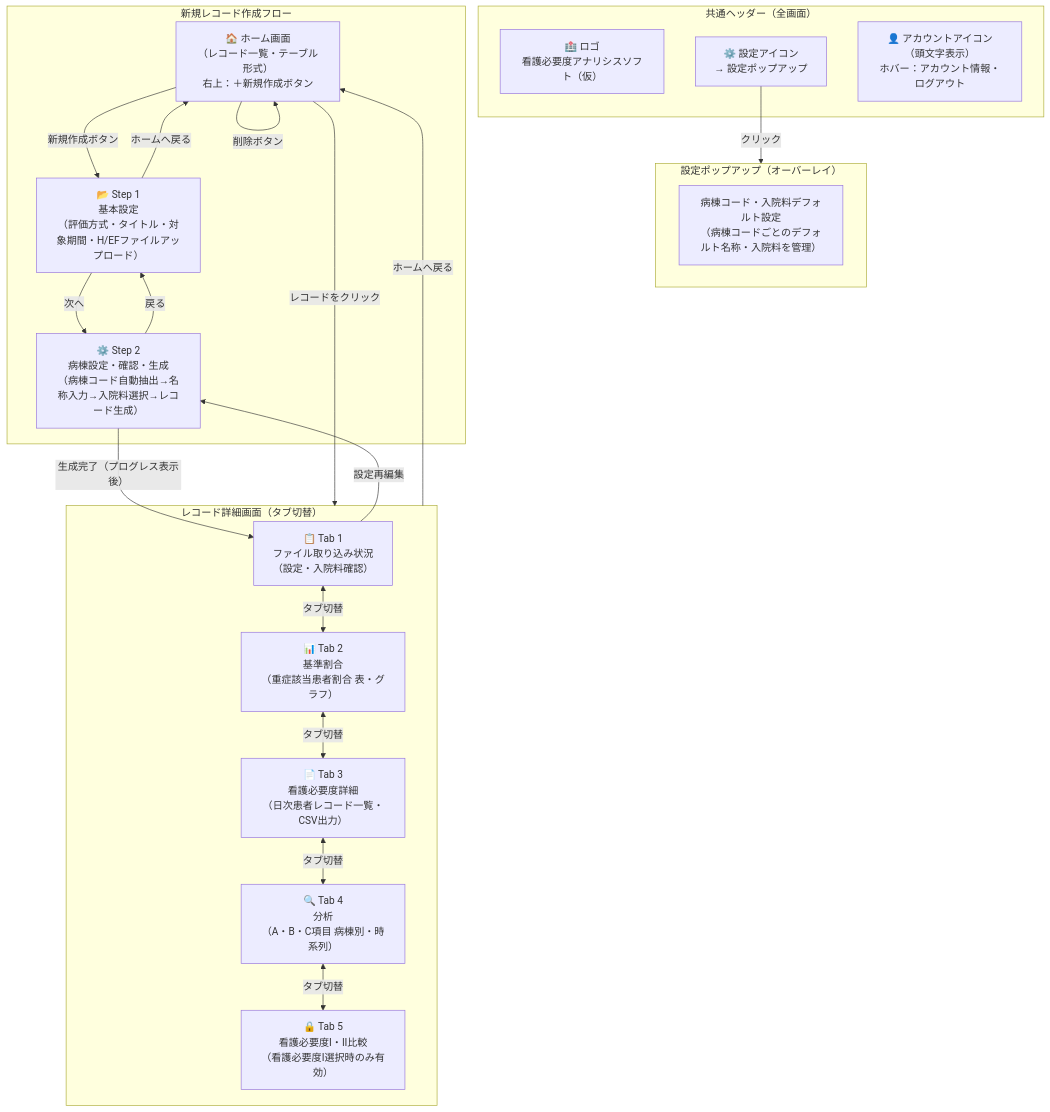
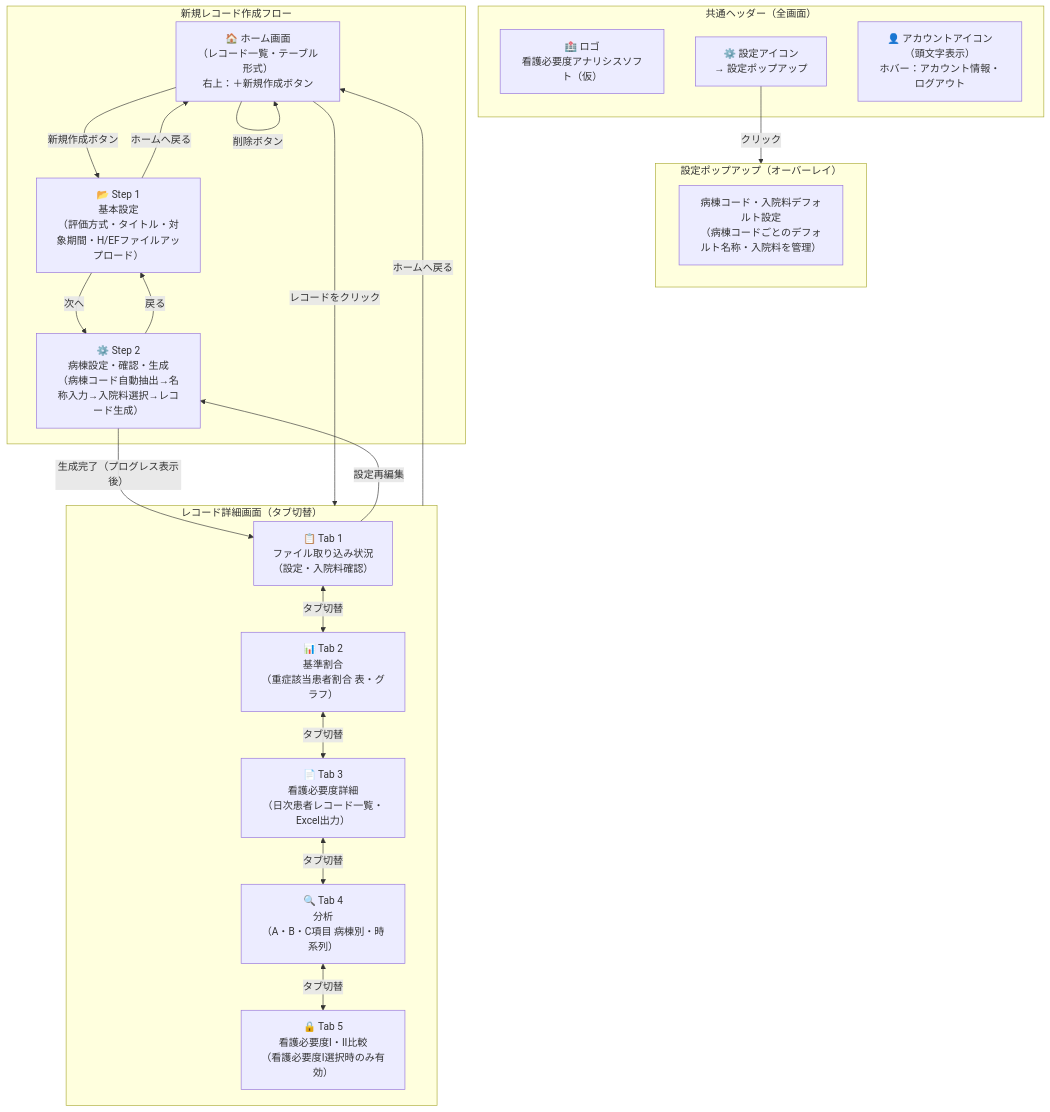
One commit to kumakumaaaaa/Hitsuyodo-Checker changed the diagram in docs/画面遷移図_v0.4.md. Above: the diagram before and after it, drawn with Mermaid. The commit also changed other lines of this file and 3 other files, not shown here.

````diff
--- a/docs/画面遷移図_v0.4.md
+++ b/docs/画面遷移図_v0.4.md
@@ -23,47 +24,47 @@
 ```mermaid
 flowchart TD
     subgraph HEADER["共通ヘッダー（全画面）"]
         LOGO["🏥 ロゴ\n看護必要度アナリシスソフト（仮）"]
         GEAR["⚙️ 設定アイコン\n→ 設定ポップアップ"]
         ACCOUNT["👤 アカウントアイコン\n（頭文字表示）\nホバー：アカウント情報・ログアウト"]
     end
 
     subgraph SETTINGS["設定ポップアップ（オーバーレイ）"]
         SET1["病棟コード・入院料デフォルト設定\n（病棟コードごとのデフォルト名称・入院料を管理）"]
     end
 
     GEAR -->|クリック| SETTINGS
 
     HOME["🏠 ホーム画面\n（レコード一覧・テーブル形式）\n右上：＋新規作成ボタン"]
 
     HOME -->|新規作成ボタン| STEP1
     HOME -->|レコードをクリック| DETAIL
     HOME -->|削除ボタン| HOME
 
     subgraph CREATE["新規レコード作成フロー"]
         STEP1["📂 Step 1\n基本設定\n（評価方式・タイトル・対象期間・H/EFファイルアップロード）"]
         STEP2["⚙️ Step 2\n病棟設定・確認・生成\n（病棟コード自動抽出→名称入力→入院料選択→レコード生成）"]
 
         STEP1 -->|次へ| STEP2
         STEP2 -->|戻る| STEP1
         STEP1 -->|ホームへ戻る| HOME
     end
 
     STEP2 -->|生成完了（プログレス表示後）| TAB1
 
     subgraph DETAIL["レコード詳細画面（タブ切替）"]
         TAB1["📋 Tab 1\nファイル取り込み状況\n（設定・入院料確認）"]
         TAB2["📊 Tab 2\n基準割合\n（重症該当患者割合 表・グラフ）"]
-        TAB3["📄 Tab 3\n看護必要度詳細\n（日次患者レコード一覧・CSV出力）"]
+        TAB3["📄 Tab 3\n看護必要度詳細\n（日次患者レコード一覧・Excel出力）"]
         TAB4["🔍 Tab 4\n分析\n（A・B・C項目 病棟別・時系列）"]
         TAB5["🔒 Tab 5\n看護必要度Ⅰ・Ⅱ比較\n（看護必要度Ⅰ選択時のみ有効）"]
 
         TAB1 <-->|タブ切替| TAB2
         TAB2 <-->|タブ切替| TAB3
         TAB3 <-->|タブ切替| TAB4
         TAB4 <-->|タブ切替| TAB5
     end
 
     DETAIL -->|ホームへ戻る| HOME
     TAB1 -->|設定再編集| STEP2
 ```
````
